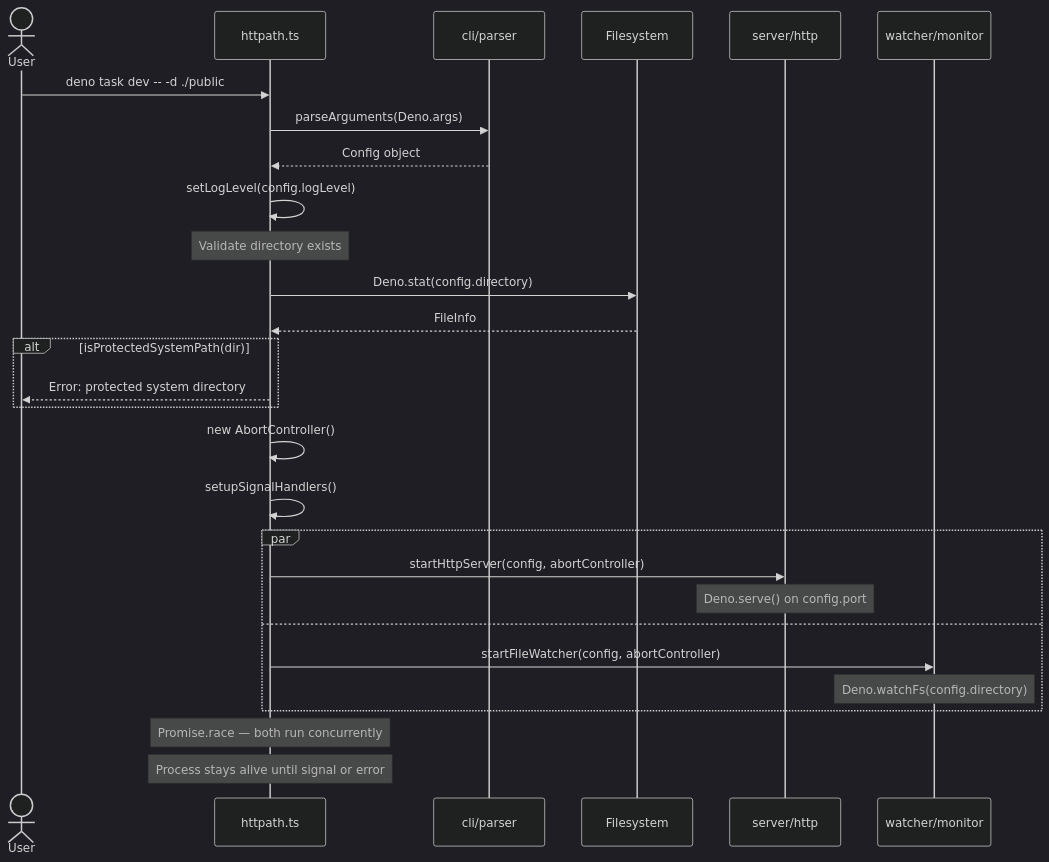
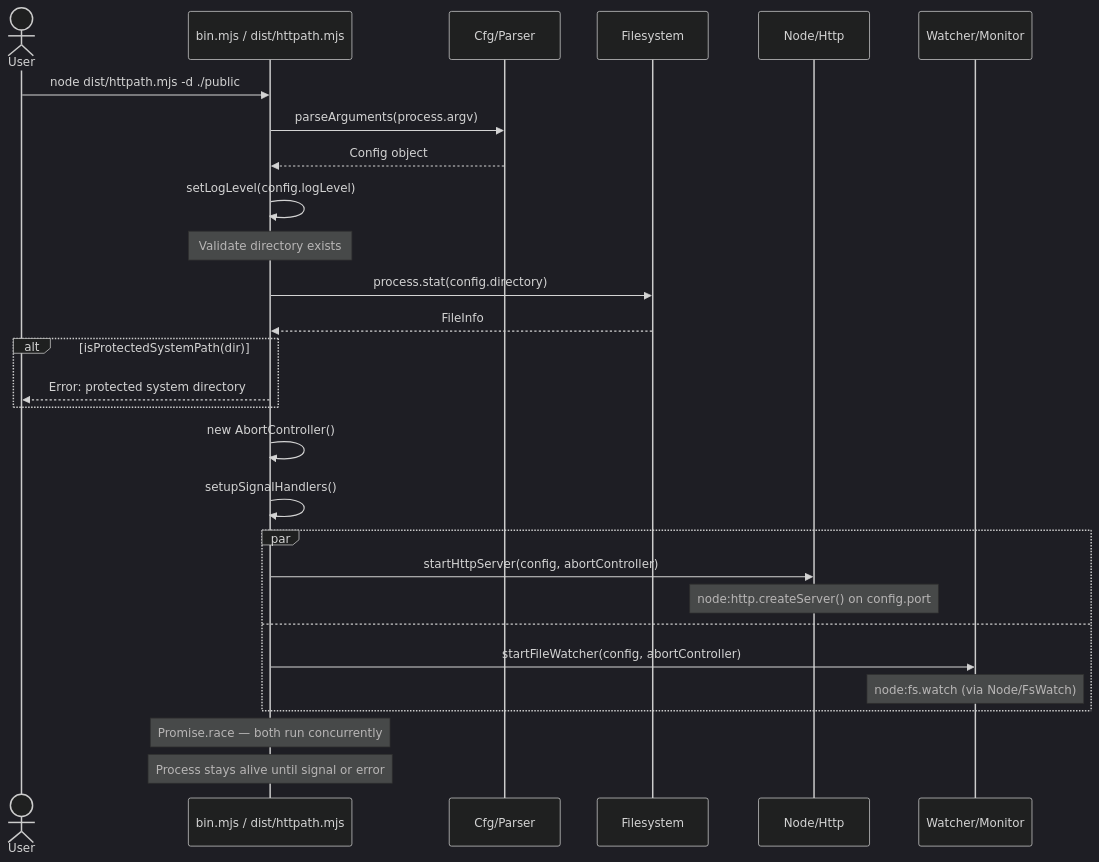
The second of 7 diagrams in docs/architecture.md (MetalbolicX/httpath), drawn with Mermaid (dark theme) before and after one commit. The commit also changed other lines of this file and 9 other files, not shown here.

````diff
--- a/docs/architecture.md
+++ b/docs/architecture.md
@@ -90,36 +114,36 @@
 ```mermaid
 sequenceDiagram
     actor User
-    participant Main as httpath.ts
-    participant CLI as cli/parser
+    participant Main as bin.mjs / dist/httpath.mjs
+    participant Cfg as Cfg/Parser
     participant FS as Filesystem
-    participant Server as server/http
-    participant Watcher as watcher/monitor
+    participant Server as Node/Http
+    participant Watcher as Watcher/Monitor
 
-    User->>Main: deno task dev -- -d ./public
-    Main->>CLI: parseArguments(Deno.args)
-    CLI-->>Main: Config object
+    User->>Main: node dist/httpath.mjs -d ./public
+    Main->>Cfg: parseArguments(process.argv)
+    Cfg-->>Main: Config object
     Main->>Main: setLogLevel(config.logLevel)
 
     Note over Main: Validate directory exists
-    Main->>FS: Deno.stat(config.directory)
+    Main->>FS: process.stat(config.directory)
     FS-->>Main: FileInfo
 
     alt isProtectedSystemPath(dir)
         Main-->>User: Error: protected system directory
     end
 
     Main->>Main: new AbortController()
     Main->>Main: setupSignalHandlers()
 
     par
         Main->>Server: startHttpServer(config, abortController)
-        Note over Server: Deno.serve() on config.port
+        Note over Server: node:http.createServer() on config.port
     and
         Main->>Watcher: startFileWatcher(config, abortController)
-        Note over Watcher: Deno.watchFs(config.directory)
+        Note over Watcher: node:fs.watch (via Node/FsWatch)
     end
 
     Note over Main: Promise.race — both run concurrently
     Note over Main: Process stays alive until signal or error
 ```
````
